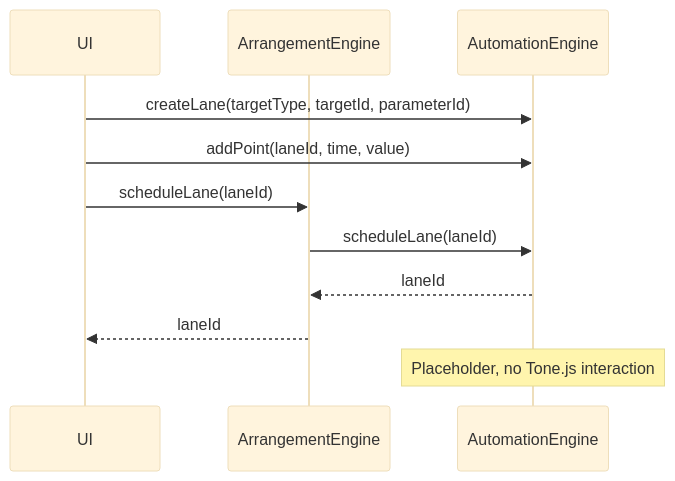
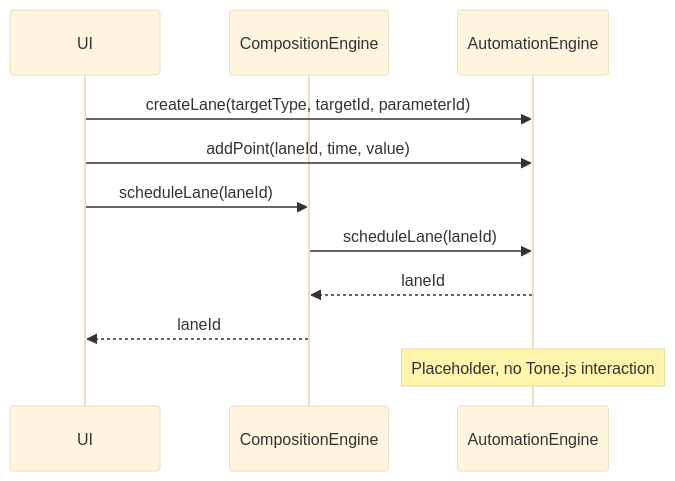
Before and after one commit to yannmazita/daw.ts: the fourth of 9 diagrams in README.md, drawn with Mermaid (base theme). The commit also changed other lines of this file and 31 other files, not shown here.

````diff
--- a/README.md
+++ b/README.md
@@ -127,14 +127,14 @@
 ```mermaid
 sequenceDiagram
     participant UI
-    participant ArrangementEngine
+    participant CompositionEngine
     participant AutomationEngine
 
     UI->>AutomationEngine: createLane(targetType, targetId, parameterId)
     UI->>AutomationEngine: addPoint(laneId, time, value)
-    UI->>ArrangementEngine: scheduleLane(laneId)
-    ArrangementEngine->>AutomationEngine: scheduleLane(laneId)
-    AutomationEngine-->>ArrangementEngine: laneId
-    ArrangementEngine-->>UI: laneId
+    UI->>CompositionEngine: scheduleLane(laneId)
+    CompositionEngine->>AutomationEngine: scheduleLane(laneId)
+    AutomationEngine-->>CompositionEngine: laneId
+    CompositionEngine-->>UI: laneId
     Note over AutomationEngine: Placeholder, no Tone.js interaction
 ```
````
